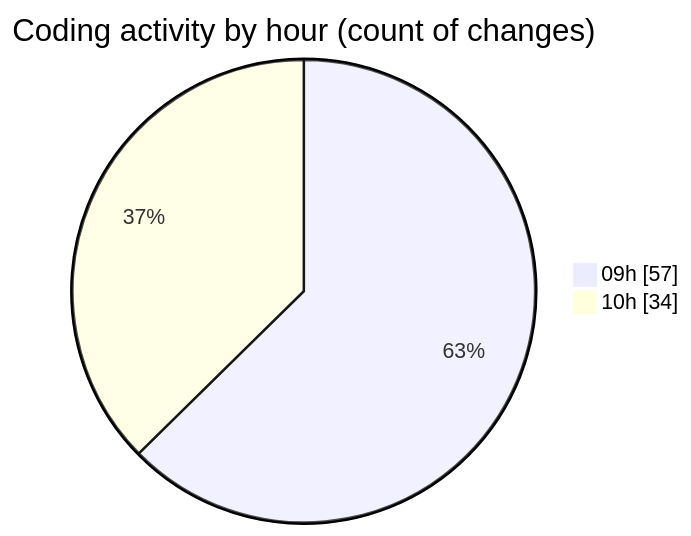
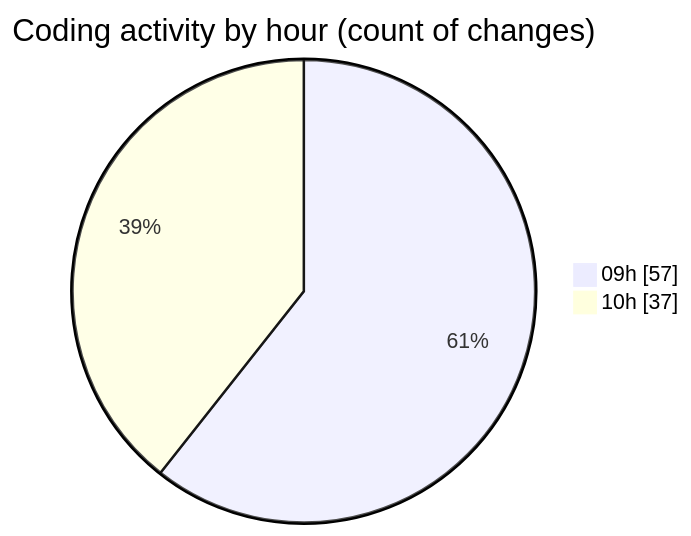
Before and after one commit to momahboobian/code-tracking: the second of 2 diagrams in 2025-09-19/cda/README.md, drawn with Mermaid. The commit also changed other lines of this file and 1 other file, not shown here.

````diff
--- a/2025-09-19/cda/README.md
+++ b/2025-09-19/cda/README.md
@@ -30,6 +30,6 @@
 ```mermaid
 pie showData
 title Coding activity by hour (count of changes)
 "09h" : 57
-"10h" : 34
+"10h" : 37
 ```
````
